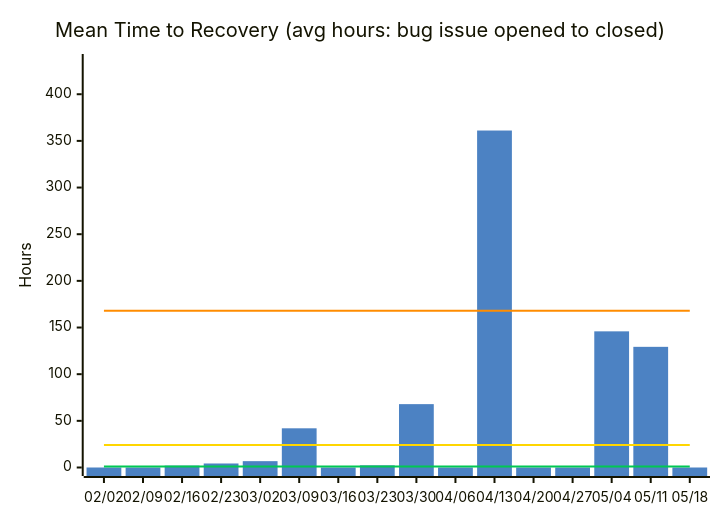
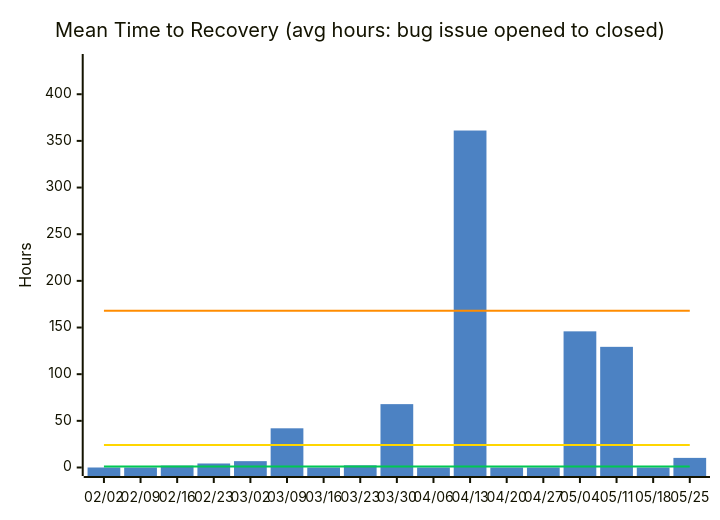
Before and after one commit to nablarch/nabledge-dev: the fourth of 14 diagrams in docs/metrics.md, drawn with Mermaid. The commit also changed other lines of this file and 2 other files, not shown here.

````diff
--- a/docs/metrics.md
+++ b/docs/metrics.md
@@ -73,11 +73,11 @@
 ```mermaid
 %%{init: {'theme': 'base', 'themeVariables': {'xyChart': {'plotColorPalette': '#4C82C3,#00C853,#FFD600,#FF8C00'}}}}%%
 xychart-beta
   title "Mean Time to Recovery (avg hours: bug issue opened to closed)"
-  x-axis ["02/02", "02/09", "02/16", "02/23", "03/02", "03/09", "03/16", "03/23", "03/30", "04/06", "04/13", "04/20", "04/27", "05/04", "05/11", "05/18"]
+  x-axis ["02/02", "02/09", "02/16", "02/23", "03/02", "03/09", "03/16", "03/23", "03/30", "04/06", "04/13", "04/20", "04/27", "05/04", "05/11", "05/18", "05/25"]
   y-axis "Hours" 0 --> 434
-  bar [0, 0, 2, 4.3, 6.8, 42, 0, 2.3, 67.9, 0, 361.1, 0, 0, 145.9, 129.3, 0]
-  line [1, 1, 1, 1, 1, 1, 1, 1, 1, 1, 1, 1, 1, 1, 1, 1]
-  line [24, 24, 24, 24, 24, 24, 24, 24, 24, 24, 24, 24, 24, 24, 24, 24]
-  line [168, 168, 168, 168, 168, 168, 168, 168, 168, 168, 168, 168, 168, 168, 168, 168]
+  bar [0, 0, 2, 4.3, 6.8, 42, 0, 2.3, 67.9, 0, 361.1, 0, 0, 145.9, 129.3, 0, 10.3]
+  line [1, 1, 1, 1, 1, 1, 1, 1, 1, 1, 1, 1, 1, 1, 1, 1, 1]
+  line [24, 24, 24, 24, 24, 24, 24, 24, 24, 24, 24, 24, 24, 24, 24, 24, 24]
+  line [168, 168, 168, 168, 168, 168, 168, 168, 168, 168, 168, 168, 168, 168, 168, 168, 168]
 ```
````
